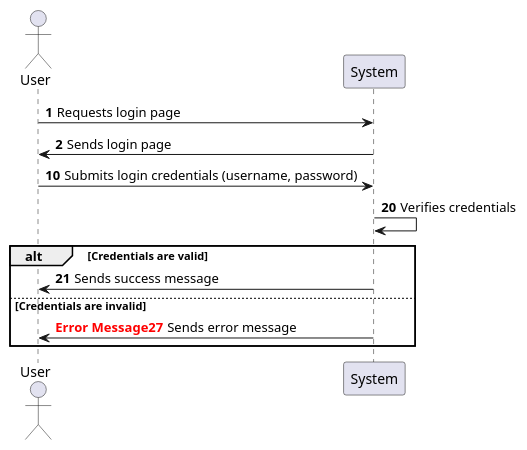
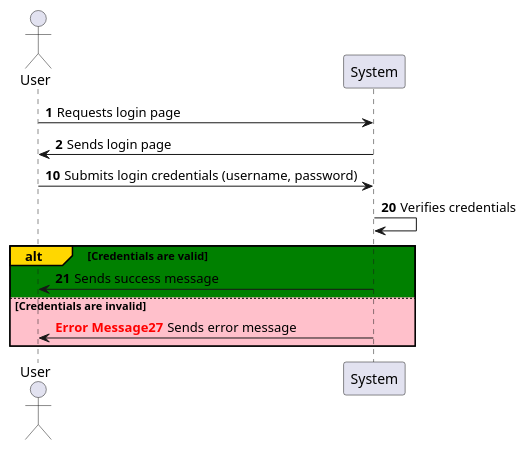
Before and after one commit to TabotCharlesBessong/XML: the diagram in sequence/signup.plantuml, drawn with PlantUML. The commit also changed 3 other files, not shown here.

```diff
--- a/sequence/signup.plantuml
+++ b/sequence/signup.plantuml
@@ -1,20 +1,20 @@
 @startuml signup
 actor User
 participant System
 
 autonumber
 User -> System: Requests login page
 System -> User: Sends login page
 autonumber 10
 User -> System: Submits login credentials (username, password)
 autonumber 20
 System -> System: Verifies credentials
 
-alt Credentials are valid
+alt#Gold #Green Credentials are valid
     System -> User: Sends success message
-else Credentials are invalid
+else #Pink Credentials are invalid
 autonumber 27 "<font color=red><b>Error Message"
     System -> User: Sends error message
 end
 
 @enduml
```
